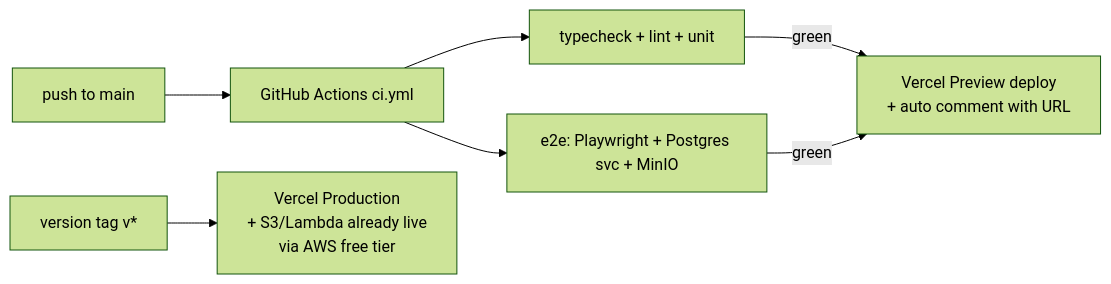
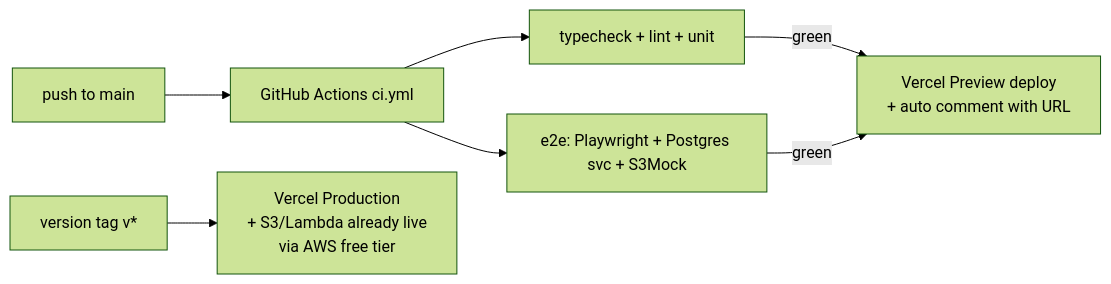
One commit to i4ba1/escrow-vault changed the ninth of 9 diagrams in docs/architecture.md. Above: the diagram before and after it, drawn with Mermaid (forest theme). The commit also changed other lines of this file and 7 other files, not shown here.

Commit message:
feat(db): M1 Postgres+S3Mock compose, Prisma schema, migration, seed

````diff
--- a/docs/architecture.md
+++ b/docs/architecture.md
@@ -268,8 +268,8 @@
 ```mermaid
 flowchart LR
     PUSH[push to main] --> GH[GitHub Actions ci.yml]
     GH --> T[typecheck + lint + unit]
-    GH --> E[e2e: Playwright + Postgres svc + MinIO]
+    GH --> E[e2e: Playwright + Postgres svc + S3Mock]
     T & E -->|green| PREV[Vercel Preview deploy<br/>+ auto comment with URL]
     TAG[version tag v*] --> PROD[Vercel Production<br/>+ S3/Lambda already live<br/>via AWS free tier]
 ```
````
